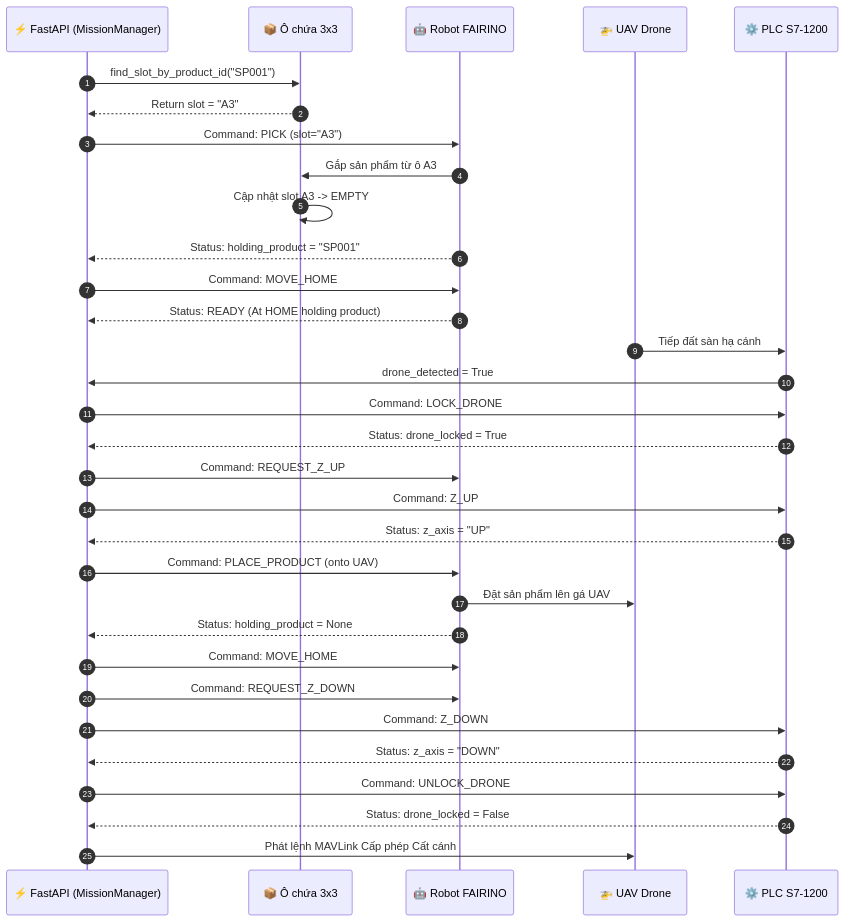
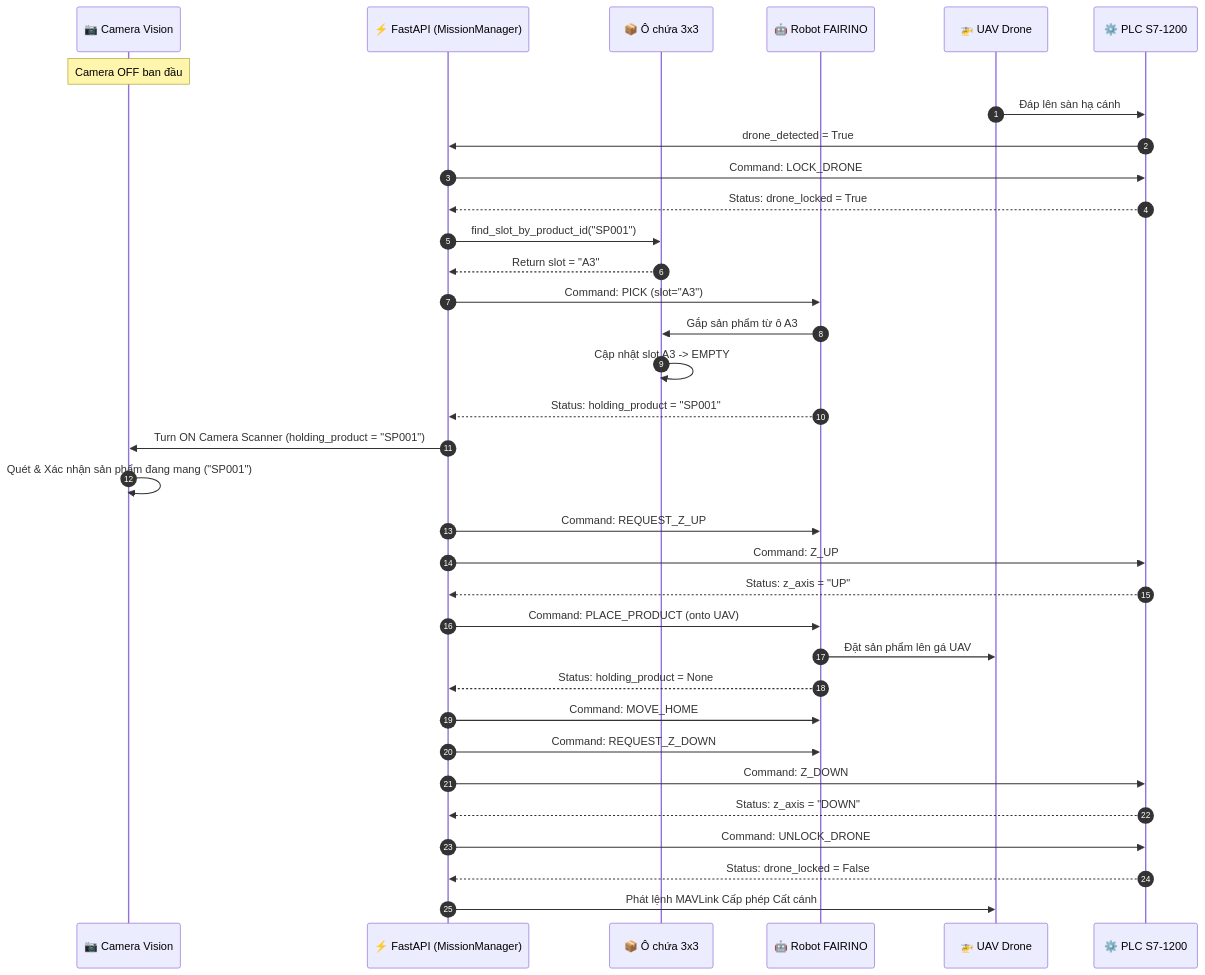
One commit to padungaz/drone-delivery-system changed the fourth of 10 diagrams in docs/system-design.md. Above: the diagram before and after it, drawn with Mermaid. The commit also changed other lines of this file and 46 other files, not shown here.

````diff
--- a/docs/system-design.md
+++ b/docs/system-design.md
@@ -215,42 +203,44 @@
 ```mermaid
 sequenceDiagram
     autonumber
+    participant Cam as 📷 Camera Vision
     participant Backend as ⚡ FastAPI (MissionManager)
     participant Grid as 📦 Ô chứa 3x3
     participant Robot as 🤖 Robot FAIRINO
     participant UAV as 🚁 UAV Drone
     participant PLC as ⚙️ PLC S7-1200
+
+    Note over Cam: Camera OFF ban đầu
+    UAV->>PLC: Đáp lên sàn hạ cánh
+    PLC->>Backend: drone_detected = True
+    Backend->>PLC: Command: LOCK_DRONE
+    PLC-->>Backend: Status: drone_locked = True
 
     Backend->>Grid: find_slot_by_product_id("SP001")
     Grid-->>Backend: Return slot = "A3"
     
     Backend->>Robot: Command: PICK (slot="A3")
     Robot->>Grid: Gắp sản phẩm từ ô A3
     Grid->>Grid: Cập nhật slot A3 -> EMPTY
     Robot-->>Backend: Status: holding_product = "SP001"
-    
-    Backend->>Robot: Command: MOVE_HOME
-    Robot-->>Backend: Status: READY (At HOME holding product)
 
-    UAV->>PLC: Tiếp đất sàn hạ cánh
-    PLC->>Backend: drone_detected = True
-    Backend->>PLC: Command: LOCK_DRONE
-    PLC-->>Backend: Status: drone_locked = True
+    Backend->>Cam: Turn ON Camera Scanner (holding_product = "SP001")
+    Cam->>Cam: Quét & Xác nhận sản phẩm đang mang ("SP001")
 
     Backend->>Robot: Command: REQUEST_Z_UP
     Backend->>PLC: Command: Z_UP
     PLC-->>Backend: Status: z_axis = "UP"
 
     Backend->>Robot: Command: PLACE_PRODUCT (onto UAV)
     Robot->>UAV: Đặt sản phẩm lên gá UAV
     Robot-->>Backend: Status: holding_product = None
 
     Backend->>Robot: Command: MOVE_HOME
     Backend->>Robot: Command: REQUEST_Z_DOWN
     Backend->>PLC: Command: Z_DOWN
     PLC-->>Backend: Status: z_axis = "DOWN"
 
     Backend->>PLC: Command: UNLOCK_DRONE
     PLC-->>Backend: Status: drone_locked = False
     Backend->>UAV: Phát lệnh MAVLink Cấp phép Cất cánh
 ```
````
